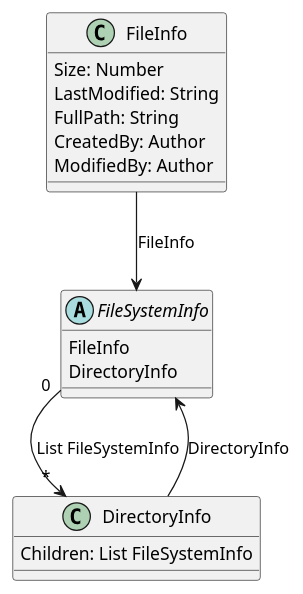
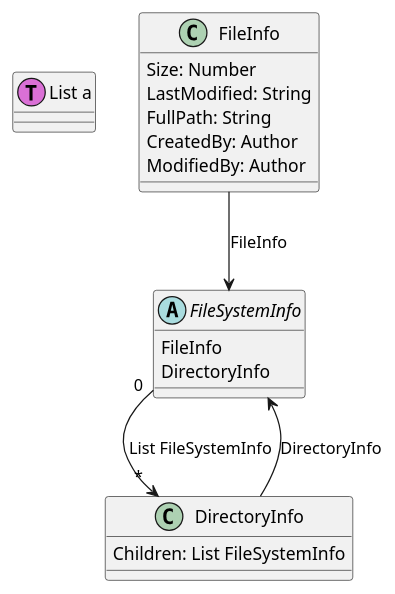
The diagram in Examples/.out/FileSystem/FileSystem.puml (Baudin999/car-lang), drawn with PlantUML before and after one commit. The commit also changed 9 other files, not shown here.

```diff
--- a/Examples/.out/FileSystem/FileSystem.puml
+++ b/Examples/.out/FileSystem/FileSystem.puml
@@ -1,17 +1,19 @@
+class "List a" as List << (T,orchid) >> {
+}
 class "FileInfo" as FileInfo  {
 	Size: Number 
 	LastModified: String 
 	FullPath: String 
 	CreatedBy: Author 
 	ModifiedBy: Author 
 }
 class "DirectoryInfo" as DirectoryInfo  {
 	Children: List FileSystemInfo
 }
 FileSystemInfo "0" --> "*" DirectoryInfo : List FileSystemInfo
 abstract "FileSystemInfo" as FileSystemInfo {
 	FileInfo 
 	DirectoryInfo 
 }
 FileInfo --> FileSystemInfo : FileInfo
 DirectoryInfo --> FileSystemInfo : DirectoryInfo
```
